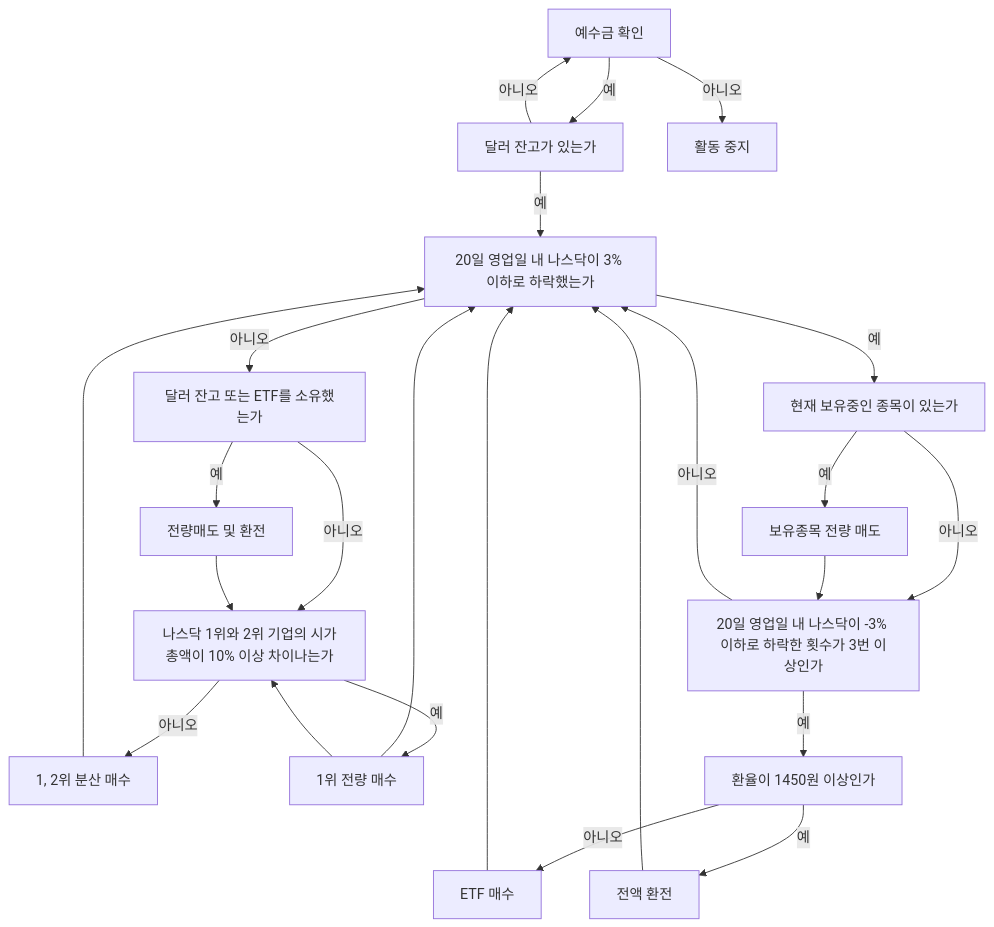
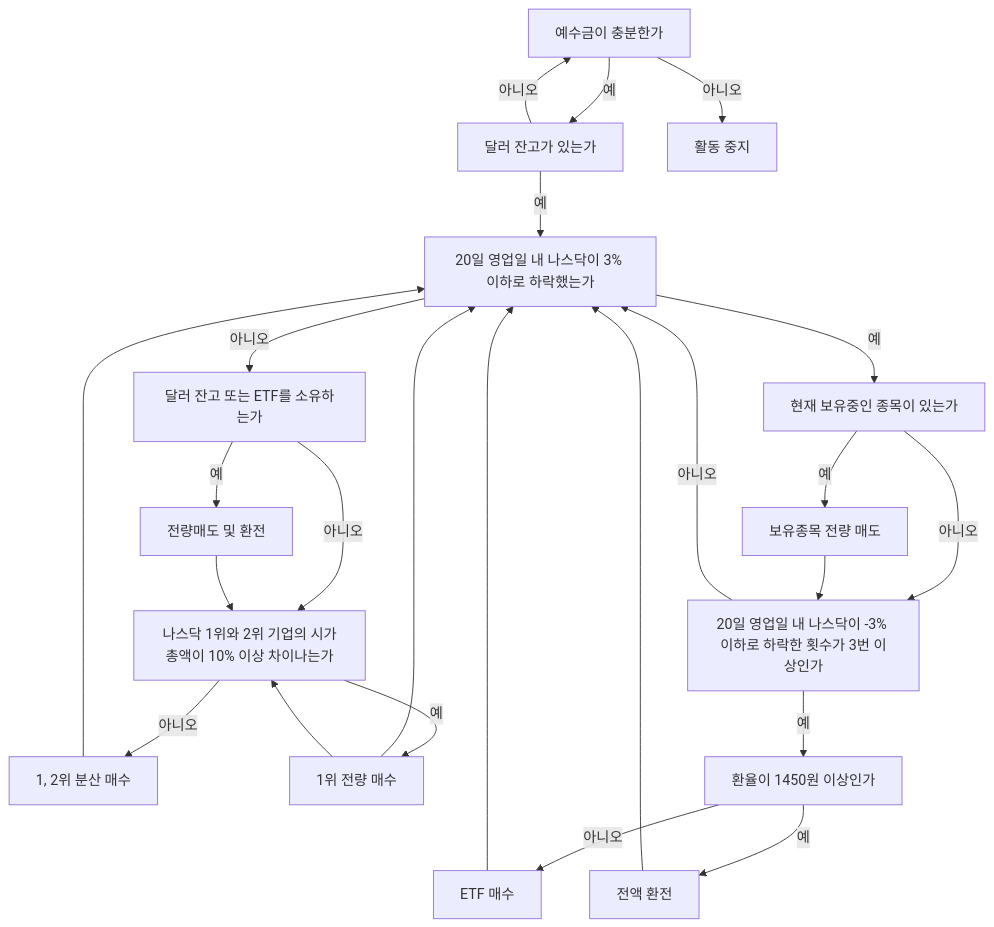
One commit to hyngng/hynrng.github.io changed the diagram in _posts/프로그래밍/마일스톤/2022-12-28-astp.md. Above: the diagram before and after it, drawn with Mermaid. The commit also changed other lines of this file and 7 other files, not shown here.

````diff
--- a/_posts/프로그래밍/마일스톤/2022-12-28-astp.md
+++ b/_posts/프로그래밍/마일스톤/2022-12-28-astp.md
@@ -35,42 +35,42 @@
 ```mermaid
 graph TD
-    A[예수금 확인]
+    A[예수금이 충분한가]
     B[달러 잔고가 있는가]
     C[20일 영업일 내 나스닥이 3% 이하로 하락했는가]
-    D[달러 잔고 또는 ETF를 소유했는가]
+    D[달러 잔고 또는 ETF를 소유하는가]
     E[나스닥 1위와 2위 기업의 시가총액이 10% 이상 차이나는가]
     F[1, 2위 분산 매수]
     G[1위 전량 매수]
     H[전량매도 및 환전]
     I[현재 보유중인 종목이 있는가]
     J[20일 영업일 내 나스닥이 -3% 이하로 하락한 횟수가 3번 이상인가]
     K[보유종목 전량 매도]
     L[환율이 1450원 이상인가]
     M[전액 환전]
     N[ETF 매수]
     O[활동 중지]
 
     A -->|아니오| O
     A -->|예| B
     B -->|아니오| A
     B -->|예| C
     C -->|아니오| D
     D -->|아니오| E
     E -->|아니오| F
     E -->|예| G
     F --> C
     G --> C
     D -->|예| H
     G --> E
     H --> E
     C -->|예| I
     I -->|아니오| J
     I -->|예| K
     K --> J
     J -->|아니오| C
     J -->|예| L
     L -->|아니오| N
     L -->|예| M
     N --> C
     M --> C
 ```
````
